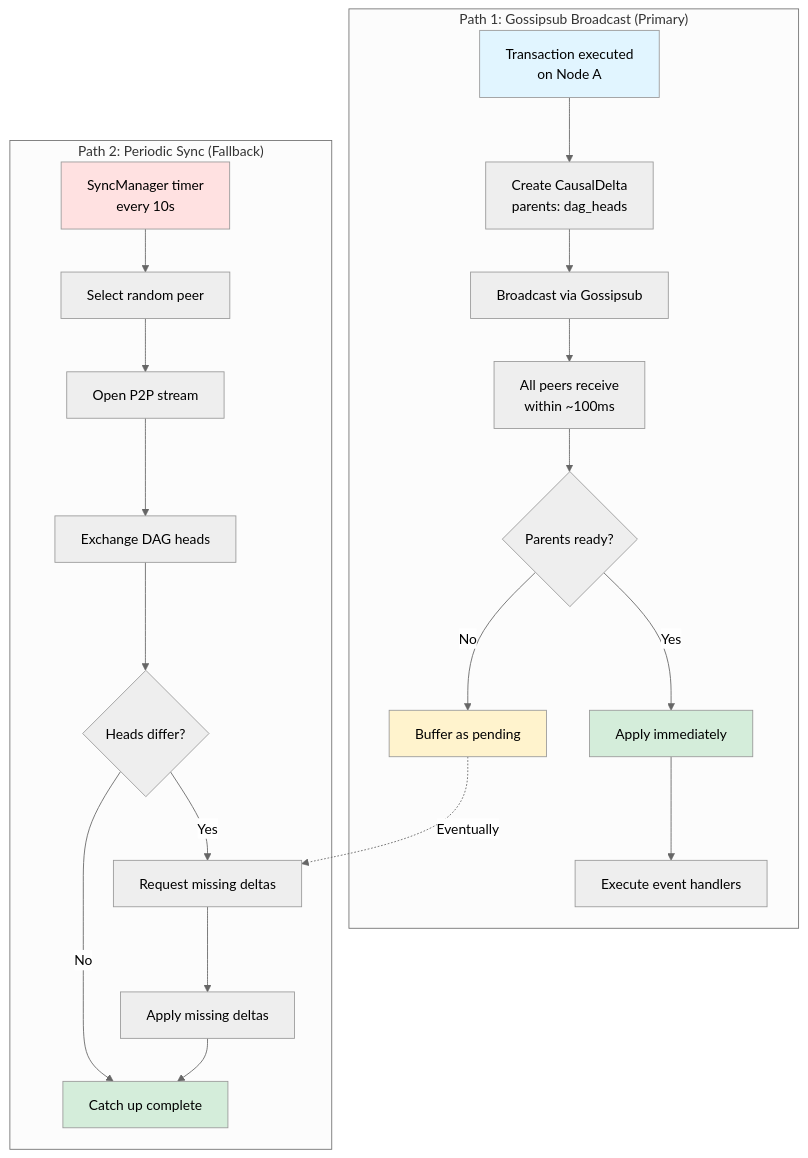
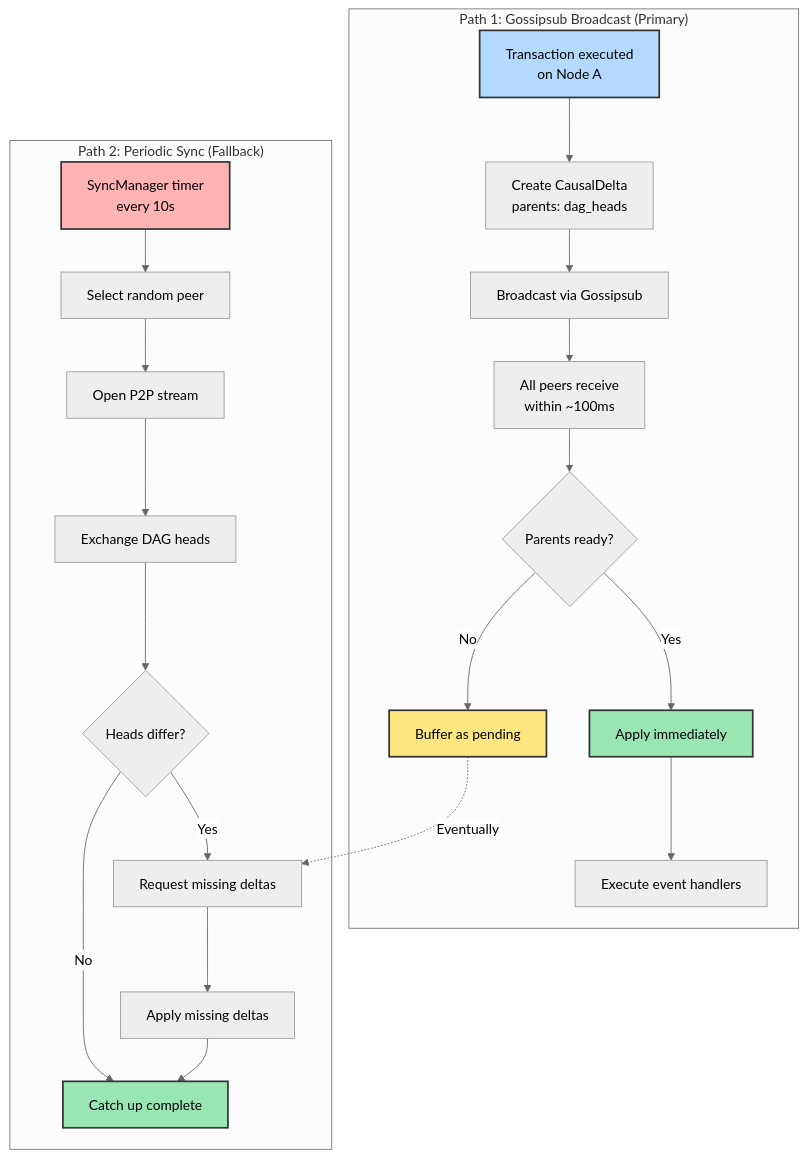
Before and after one commit to calimero-network/core: the first of 5 diagrams in crates/node/README.md, drawn with Mermaid (neutral theme). The commit also changed other lines of this file and 4 other files, not shown here.

First line of the commit message:
fix(docs): improve mermaid diagram accessibility and fix parsing errors

````diff
--- a/crates/node/README.md
+++ b/crates/node/README.md
@@ -49,40 +49,40 @@
 ```mermaid
 flowchart TB
     subgraph "Path 1: Gossipsub Broadcast (Primary)"
         G1[Transaction executed<br/>on Node A]
         G2[Create CausalDelta<br/>parents: dag_heads]
         G3[Broadcast via Gossipsub]
         G4[All peers receive<br/>within ~100ms]
         G5{Parents ready?}
         G6A[Apply immediately]
         G6B[Buffer as pending]
         G7[Execute event handlers]
         
         G1 --> G2 --> G3 --> G4 --> G5
         G5 -->|Yes| G6A --> G7
         G5 -->|No| G6B
     end
     
     subgraph "Path 2: Periodic Sync (Fallback)"
         P1[SyncManager timer<br/>every 10s]
         P2[Select random peer]
         P3[Open P2P stream]
         P4[Exchange DAG heads]
         P5{Heads differ?}
         P6[Request missing deltas]
         P7[Apply missing deltas]
         P8[Catch up complete]
         
         P1 --> P2 --> P3 --> P4 --> P5
         P5 -->|Yes| P6 --> P7 --> P8
         P5 -->|No| P8
     end
     
     G6B -.->|Eventually| P6
     
-    style G1 fill:#e1f5ff
-    style G6A fill:#d4edda
-    style G6B fill:#fff3cd
-    style P1 fill:#ffe1e1
-    style P8 fill:#d4edda
+    style G1 fill:#b3d9ff,stroke:#333,stroke-width:2px,color:#000
+    style G6A fill:#99e6b3,stroke:#333,stroke-width:2px,color:#000
+    style G6B fill:#ffe680,stroke:#333,stroke-width:2px,color:#000
+    style P1 fill:#ffb3b3,stroke:#333,stroke-width:2px,color:#000
+    style P8 fill:#99e6b3,stroke:#333,stroke-width:2px,color:#000
 ```
````
